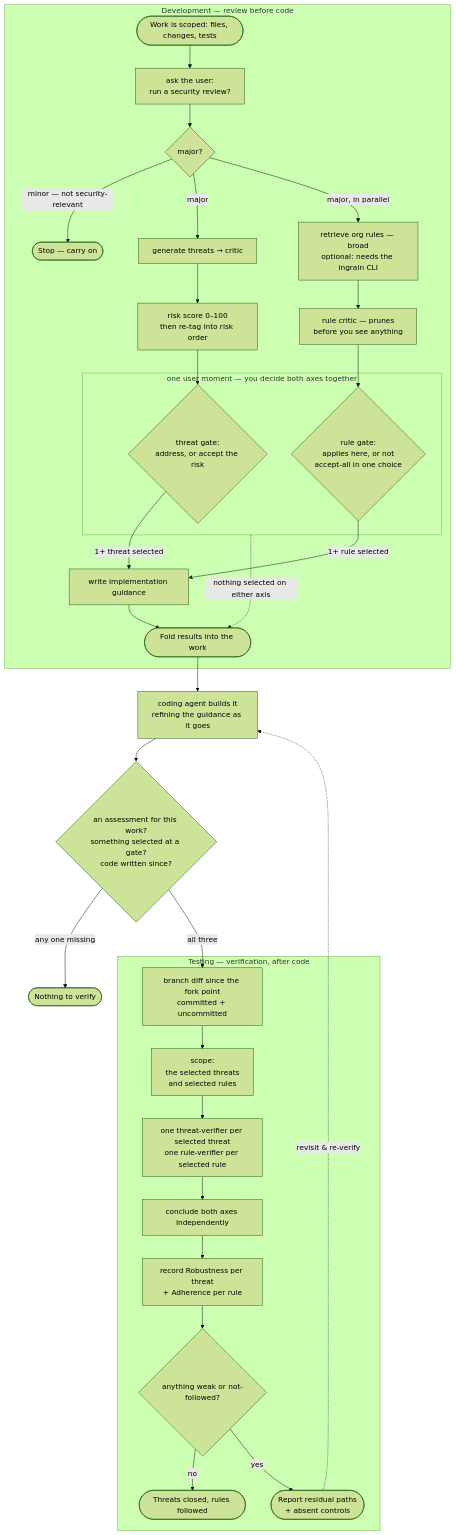
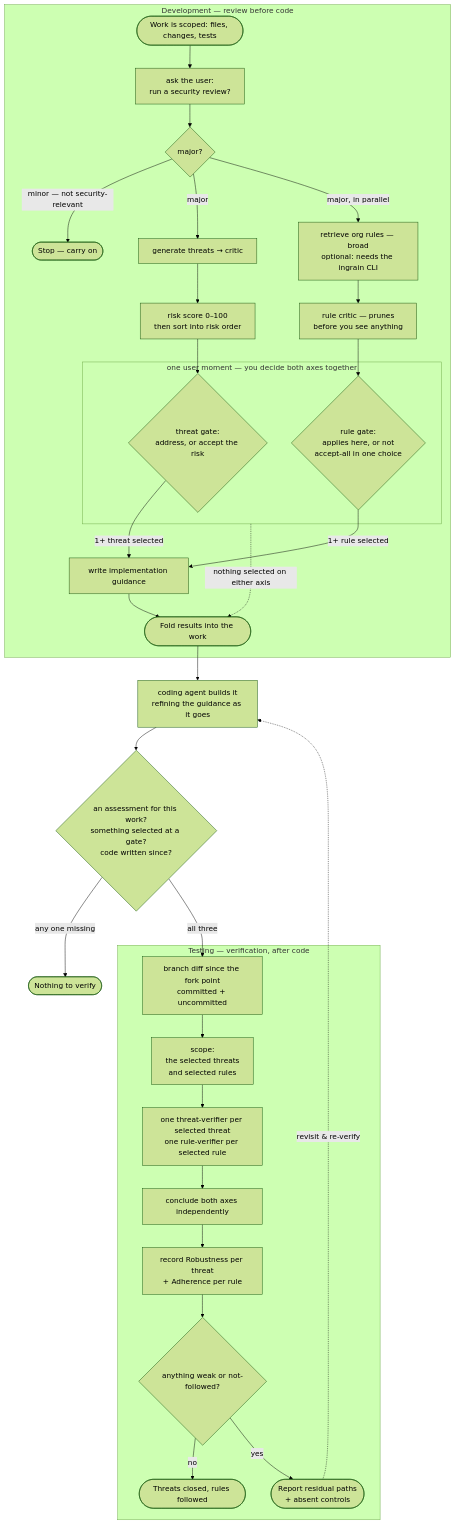
One commit to ingrainlabs/ingrain-security changed the diagram in README.md. Above: the diagram before and after it, drawn with Mermaid (forest theme). The commit also changed other lines of this file and 38 other files, not shown here.

````diff
--- a/README.md
+++ b/README.md
@@ -177,42 +177,42 @@
 ```mermaid
 flowchart TD
     subgraph DEV["Development — review before code"]
         planning(["Work is scoped: files, changes, tests"]) --> ask["ask the user:<br/>run a security review?"]
         ask --> majorQ{"major?"}
         majorQ -->|minor — not security-relevant| stop(["Stop — carry on"])
         majorQ -->|major| threats["generate threats → critic"]
         majorQ -->|major, in parallel| rules["retrieve org rules — broad<br/>optional: needs the ingrain CLI"]
-        threats --> score["risk score 0–100<br/>then re-tag into risk order"]
+        threats --> score["risk score 0–100<br/>then sort into risk order"]
         rules --> rcritic["rule critic — prunes<br/>before you see anything"]
         score --> threatgate
         rcritic --> rulegate
 
         subgraph GATES["one user moment — you decide both axes together"]
             threatgate{"threat gate:<br/>address, or accept the risk"}
             rulegate{"rule gate:<br/>applies here, or not<br/>accept-all in one choice"}
         end
 
         threatgate -->|1+ threat selected| guidance["write implementation guidance"]
         rulegate -->|1+ rule selected| guidance
         GATES -.->|nothing selected on either axis| folded(["Fold results into the work"])
         guidance --> folded
     end
 
     folded --> impl["coding agent builds it<br/>refining the guidance as it goes"]
     impl --> phase{"an assessment for this work?<br/>something selected at a gate?<br/>code written since?"}
     phase -->|any one missing| nothing(["Nothing to verify"])
     phase -->|all three| diff
 
     subgraph TEST["Testing — verification, after code"]
         diff["branch diff since the fork point<br/>committed + uncommitted"]
         diff --> scope["scope:<br/>the selected threats<br/>and selected rules"]
         scope --> verify["one threat-verifier per selected threat<br/>one rule-verifier per selected rule"]
         verify --> conclude["conclude both axes independently"]
         conclude --> record["record Robustness per threat<br/>+ Adherence per rule"]
         record --> weakQ{"anything weak or not-followed?"}
         weakQ -->|no| pass(["Threats closed, rules followed"])
         weakQ -->|yes| revisit(["Report residual paths<br/>+ absent controls"])
     end
 
     revisit -.->|revisit & re-verify| impl
 ```
````
